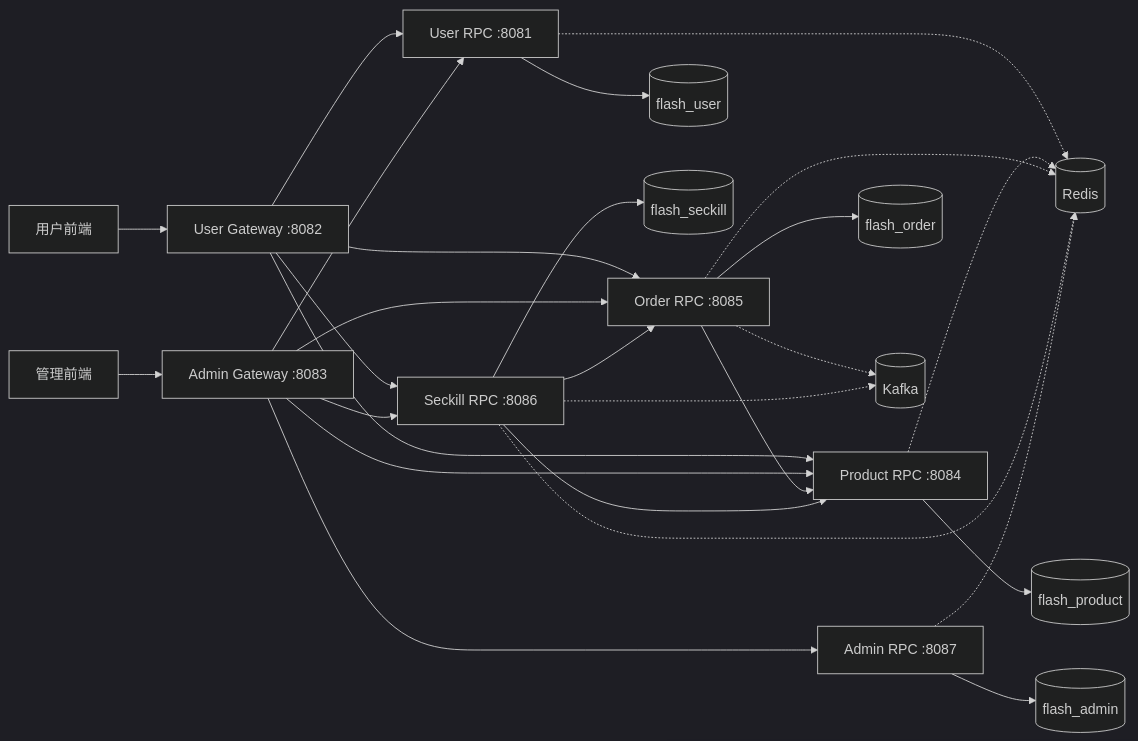
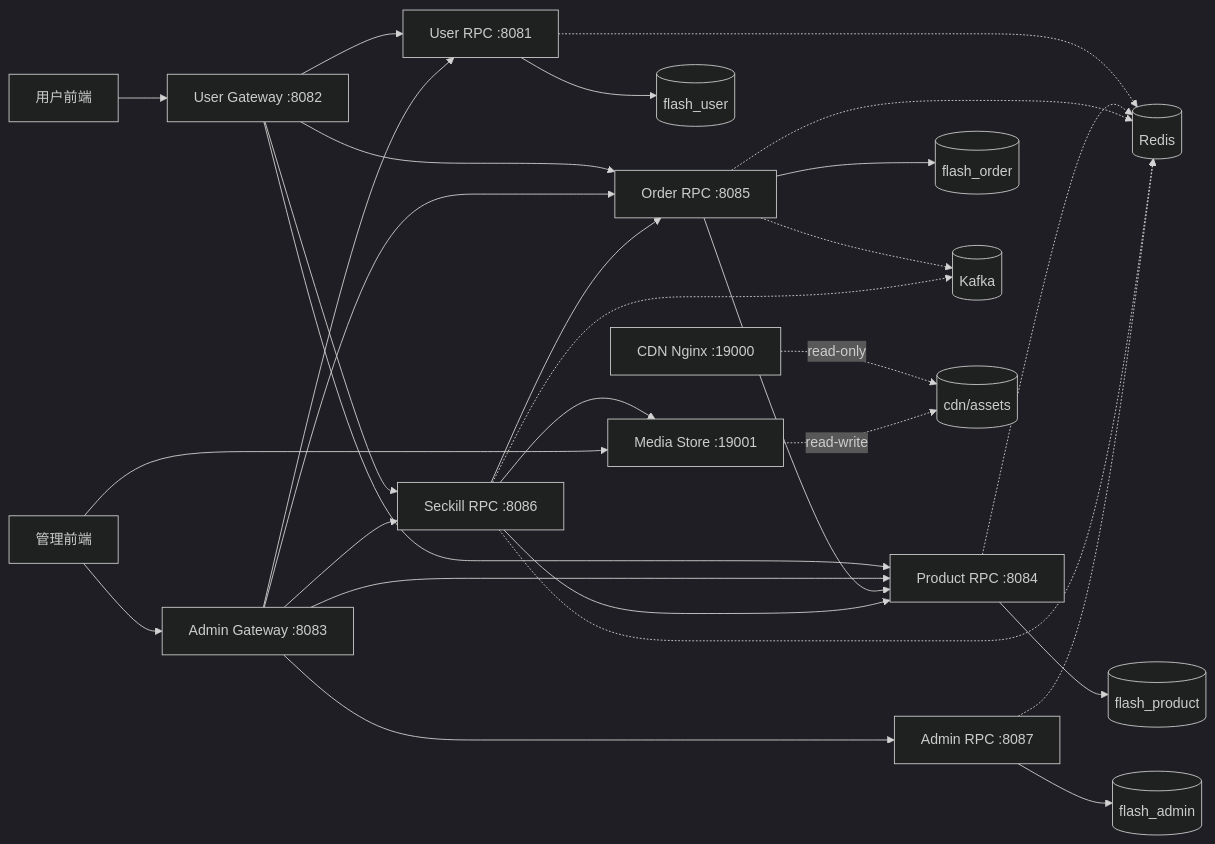
Before and after one commit to trynewthin/FlashSale: the first of 2 diagrams in docs/architecture/01-system-and-code-architecture.md, drawn with Mermaid (dark theme). The commit also changed other lines of this file and 1 other file, not shown here.

Commit message:
docs: add CDN + media-store architecture, update directory preview
- 01-system-and-code-architecture.md: add CDN/media-store to flowchart and module list
- 02-directory-preview.md: add media-store directory structure section

````diff
--- a/docs/architecture/01-system-and-code-architecture.md
+++ b/docs/architecture/01-system-and-code-architecture.md
@@ -15,35 +15,39 @@
 ```mermaid
 flowchart LR
   U[用户前端] --> UG[User Gateway :8082]
   A[管理前端] --> AG[Admin Gateway :8083]
 
   UG --> URPC[User RPC :8081]
   UG --> PRPC[Product RPC :8084]
   UG --> ORPC[Order RPC :8085]
   UG --> SRPC[Seckill RPC :8086]
 
   AG --> URPC
   AG --> PRPC
   AG --> ORPC
   AG --> SRPC
   AG --> ARPC[Admin RPC :8087]
 
   ORPC --> PRPC
   SRPC --> PRPC
   SRPC --> ORPC
 
   URPC --> MU[(flash_user)]
   PRPC --> MP[(flash_product)]
   ORPC --> MO[(flash_order)]
   SRPC --> MS[(flash_seckill)]
   ARPC --> MA[(flash_admin)]
 
   URPC -.-> R[(Redis)]
   PRPC -.-> R
   ORPC -.-> R
   SRPC -.-> R
   ARPC -.-> R
 
   ORPC -.-> K[(Kafka)]
   SRPC -.-> K
+
+  CDN[CDN Nginx :19000] -.-> |read-only| VOL[(cdn/assets)]
+  MS[Media Store :19001] -.-> |read-write| VOL
+  A --> MS
 ```
````
